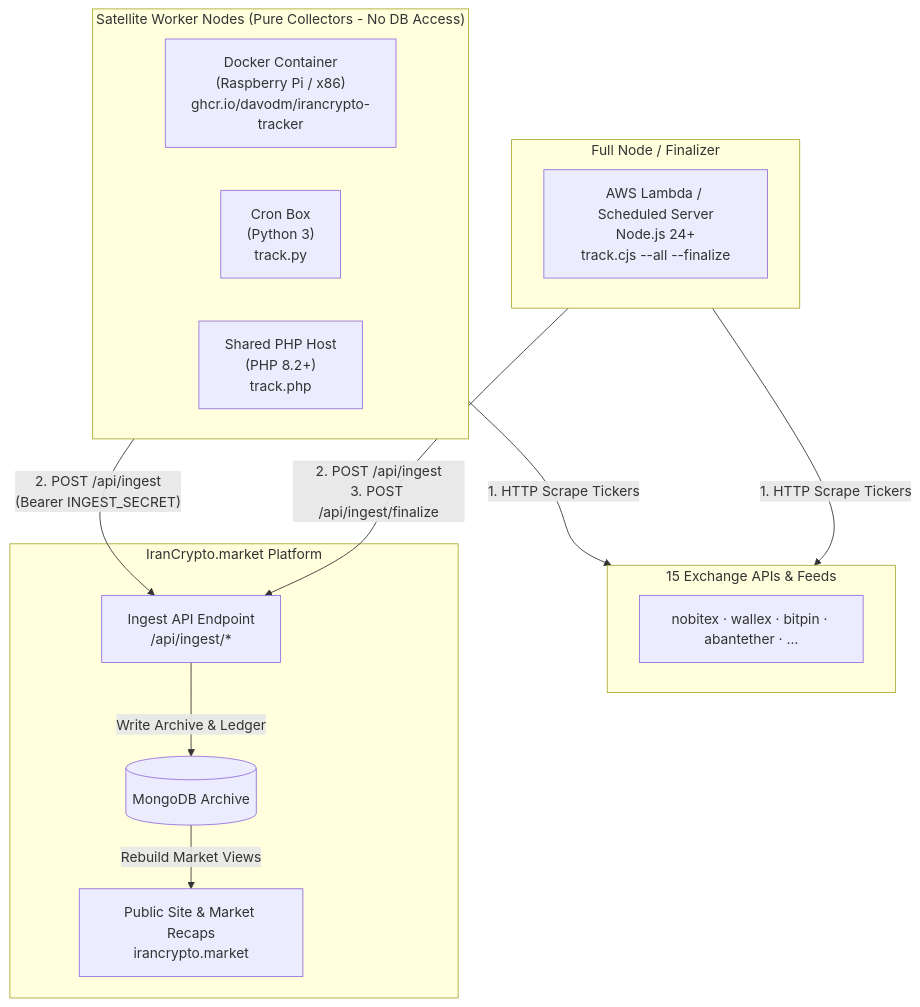
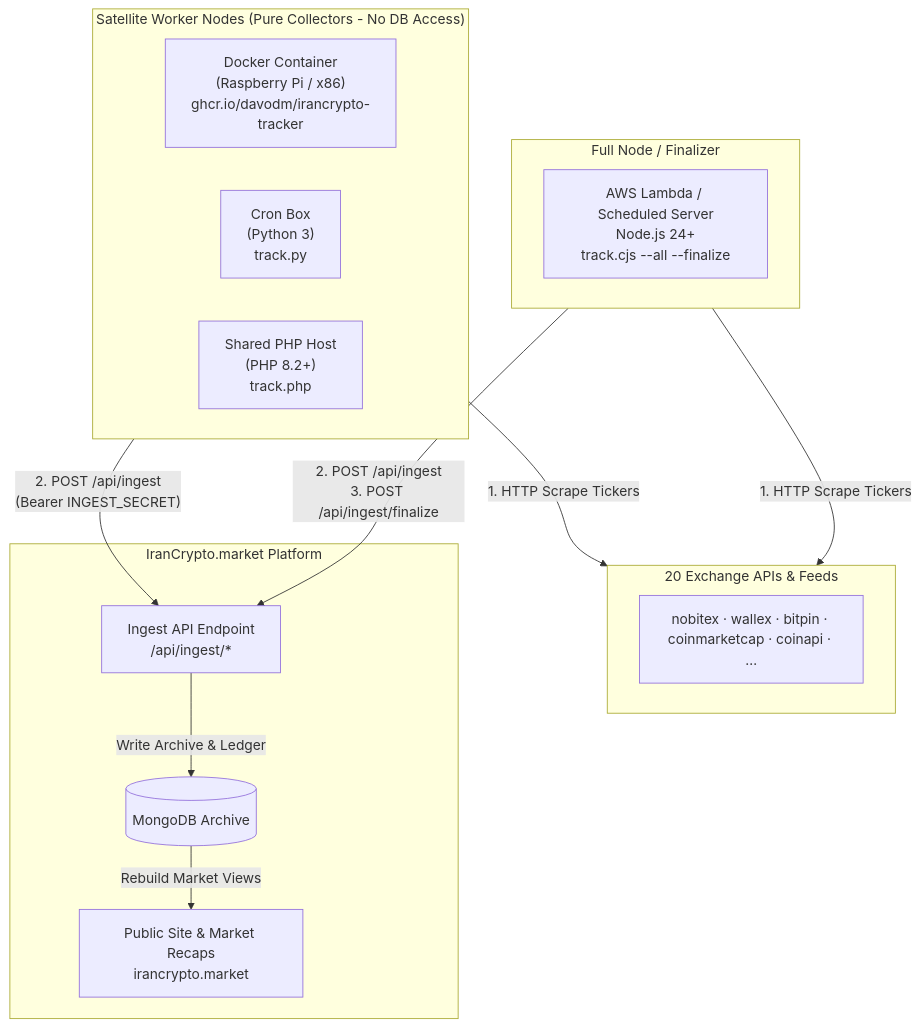
One commit to davodm/irancrypto-tracker changed the first of 2 diagrams in README.md. Above: the diagram before and after it, drawn with Mermaid. The commit also changed other lines of this file and 4 other files, not shown here.

````diff
--- a/README.md
+++ b/README.md
@@ -54,32 +54,32 @@
 ```mermaid
 flowchart TB
   subgraph satellites["Satellite Worker Nodes (Pure Collectors - No DB Access)"]
     direction LR
     S1["Docker Container<br/>(Raspberry Pi / x86)<br/>ghcr.io/davodm/irancrypto-tracker"]
     S2["Cron Box<br/>(Python 3)<br/>track.py"]
     S3["Shared PHP Host<br/>(PHP 8.2+)<br/>track.php"]
   end
 
   subgraph finalizer["Full Node / Finalizer"]
     F1["AWS Lambda / Scheduled Server<br/>Node.js 24+<br/>track.cjs --all --finalize"]
   end
 
-  subgraph exchanges["15 Exchange APIs & Feeds"]
-    E["nobitex · wallex · bitpin · abantether · …"]
+  subgraph exchanges["20 Exchange APIs & Feeds"]
+    E["nobitex · wallex · bitpin · coinmarketcap · coinapi · …"]
   end
 
   subgraph platform["IranCrypto.market Platform"]
     API["Ingest API Endpoint<br/>/api/ingest/*"]
     DB[(MongoDB Archive)]
     SITE["Public Site & Market Recaps<br/>irancrypto.market"]
   end
 
   satellites -->|"1. HTTP Scrape Tickers"| exchanges
   finalizer -->|"1. HTTP Scrape Tickers"| exchanges
 
   satellites -->|"2. POST /api/ingest<br/>(Bearer INGEST_SECRET)"| API
   finalizer -->|"2. POST /api/ingest<br/>3. POST /api/ingest/finalize"| API
 
   API -->|"Write Archive & Ledger"| DB
   DB -->|"Rebuild Market Views"| SITE
 ```
````
